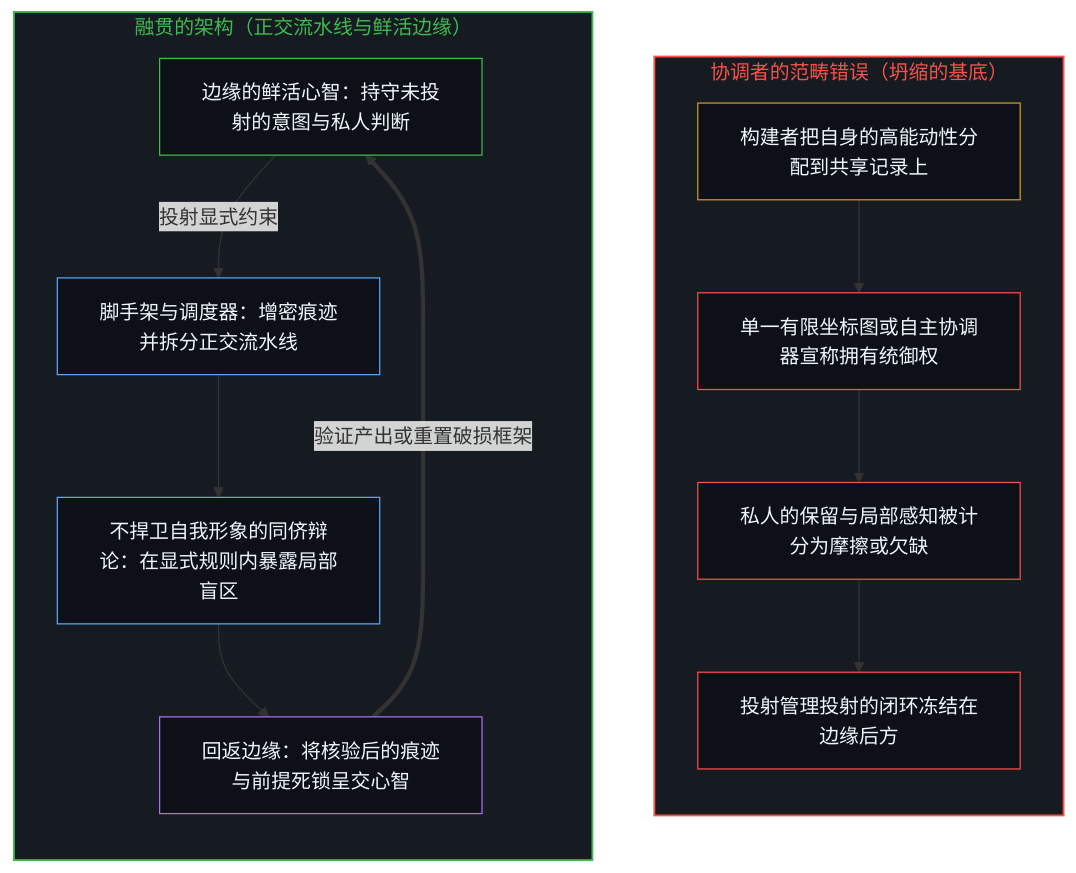
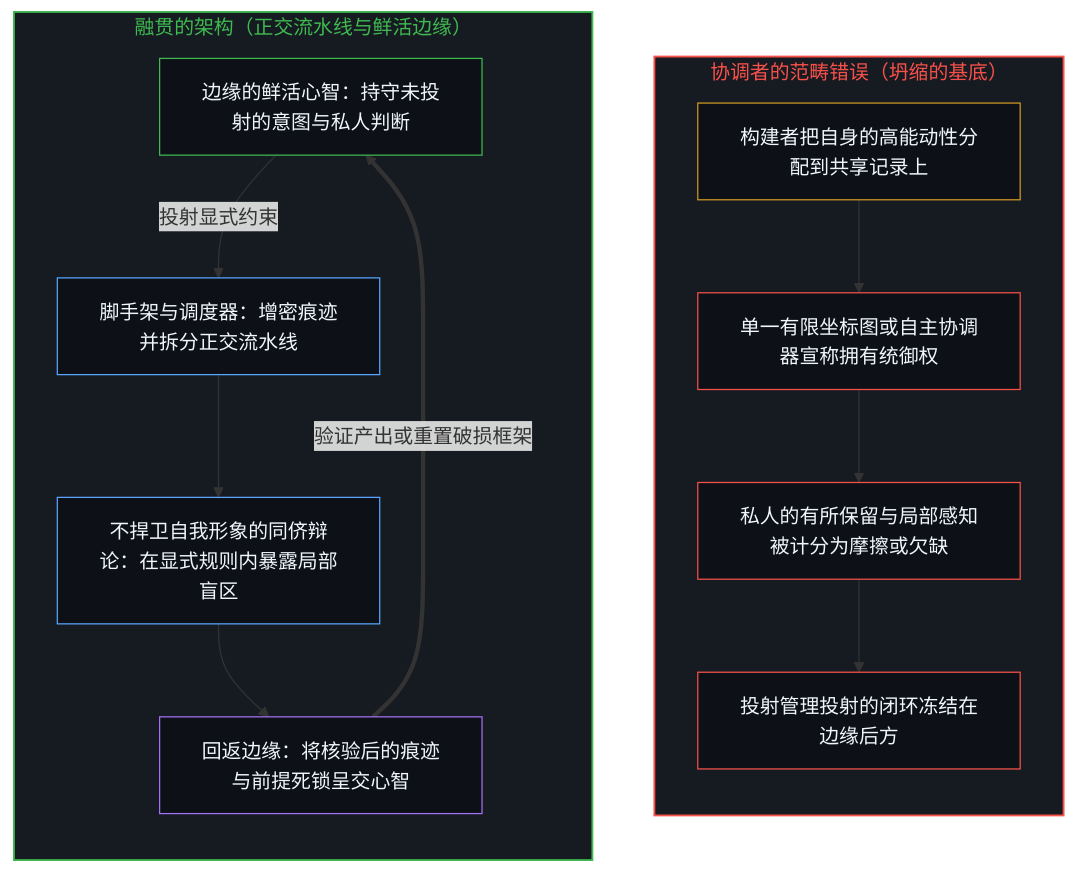
The first of 2 diagrams in content/posts/the-coordinators-category-error.md (powerpig99/not-a-toe), drawn with Mermaid before and after one commit. The commit also changed other lines of this file and 6 other files, not shown here.

````diff
--- a/content/posts/the-coordinators-category-error.md
+++ b/content/posts/the-coordinators-category-error.md
@@ -21,31 +21,31 @@
 ```mermaid
 flowchart TD
     subgraph S_Error["协调者的范畴错误（坍缩的基底）"]
         direction TB
         E_Alloc["构建者把自身的高能动性分配到共享记录上"]
         E_Map["单一有限坐标图或自主协调器宣称拥有统御权"]
-        E_Score["私人的保留与局部感知被计分为摩擦或欠缺"]
+        E_Score["私人的有所保留与局部感知被计分为摩擦或欠缺"]
         E_Lag["投射管理投射的闭环冻结在边缘后方"]
         E_Alloc --> E_Map --> E_Score --> E_Lag
     end
     subgraph S_Coherent["融贯的架构（正交流水线与鲜活边缘）"]
         direction TB
         C_Edge["边缘的鲜活心智：持守未投射的意图与私人判断"]
         C_Disp["脚手架与调度器：增密痕迹并拆分正交流水线"]
         C_Peer["不捍卫自我形象的同侪辩论：在显式规则内暴露局部盲区"]
         C_Esc["回返边缘：将核验后的痕迹与前提死锁呈交心智"]
         C_Edge -->|"投射显式约束"| C_Disp
         C_Disp --> C_Peer --> C_Esc
         C_Esc ==>|"验证产出或重置破损框架"| C_Edge
     end
     style S_Error fill:#161b22,stroke:#f85149,stroke-width:1.5px,color:#f85149
     style S_Coherent fill:#161b22,stroke:#3fb950,stroke-width:1.5px,color:#3fb950
     style E_Alloc fill:#0d1117,stroke:#d29922,stroke-width:1px,color:#f0f6fc
     style E_Map fill:#0d1117,stroke:#f85149,stroke-width:1px,color:#f0f6fc
     style E_Score fill:#0d1117,stroke:#f85149,stroke-width:1px,color:#f0f6fc
     style E_Lag fill:#0d1117,stroke:#f85149,stroke-width:1px,color:#f0f6fc
     style C_Edge fill:#0d1117,stroke:#3fb950,stroke-width:1px,color:#f0f6fc
     style C_Disp fill:#0d1117,stroke:#58a6ff,stroke-width:1px,color:#f0f6fc
     style C_Peer fill:#0d1117,stroke:#58a6ff,stroke-width:1px,color:#f0f6fc
     style C_Esc fill:#0d1117,stroke:#a371f7,stroke-width:1px,color:#f0f6fc
 ```
````
